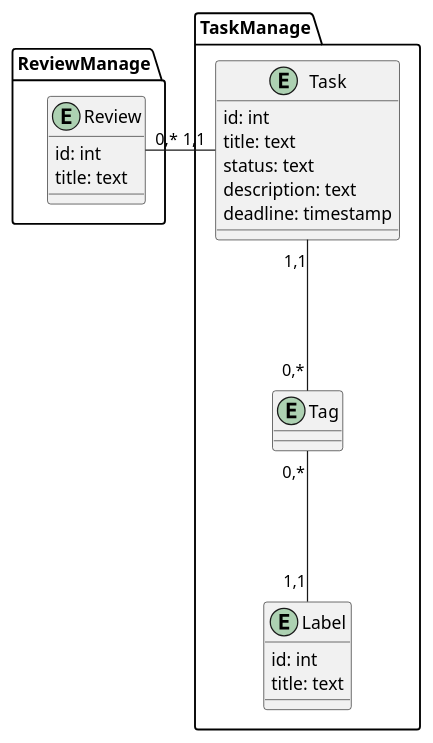
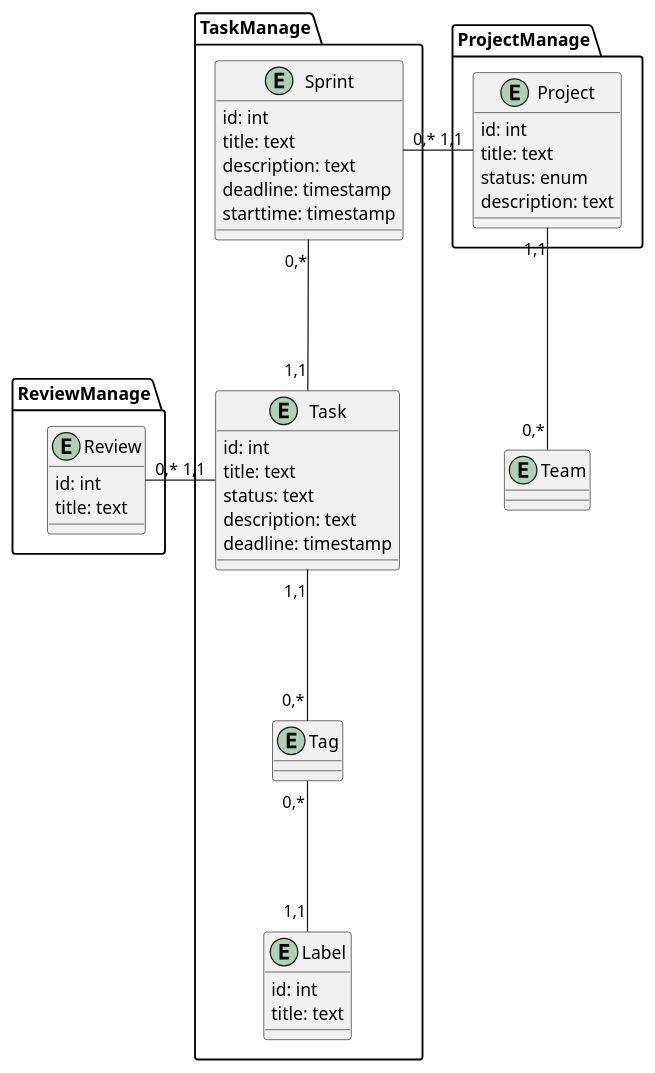
Before and after one commit to yanakozak170/pupsiki-bd-yana: the second of 2 diagrams in docs/design/README.md, drawn with PlantUML.

Commit message:
ER-модель: Sprint, Project, Team

```diff
--- a/docs/design/README.md
+++ b/docs/design/README.md
@@ -101,31 +101,53 @@
 @startuml
 
 package TaskManage {
     entity Task  { 
               id: int
               title: text
               status: text
               description: text
               deadline: timestamp
     }
     entity Tag {
     }
     entity Label {
                id: int
                title: text
     }
+    entity Sprint {
+                id: int
+                title: text
+                description: text
+                deadline: timestamp
+                starttime: timestamp
+    }
 }
 
 package ReviewManage {
     entity Review { 
               id: int
               title: text
     }
 }
 
+package ProjectManage {
+    entity Project {
+                id: int
+                title: text
+                status: enum
+                description: text
+
+    }
+}
+
+entity Team {
+}
+
 Task "1,1" -d-- "0,*" Tag
 Tag "0,*" -d-- "1,1" Label
 
 Review "0,*" -r-- "1,1" Task
-
+Sprint "0,*" -d-- "1,1" Task
+Sprint "0,*" -l-- "1,1" Project
+Project "1,1" -d-- "0,*" Team
 @enduml
```
